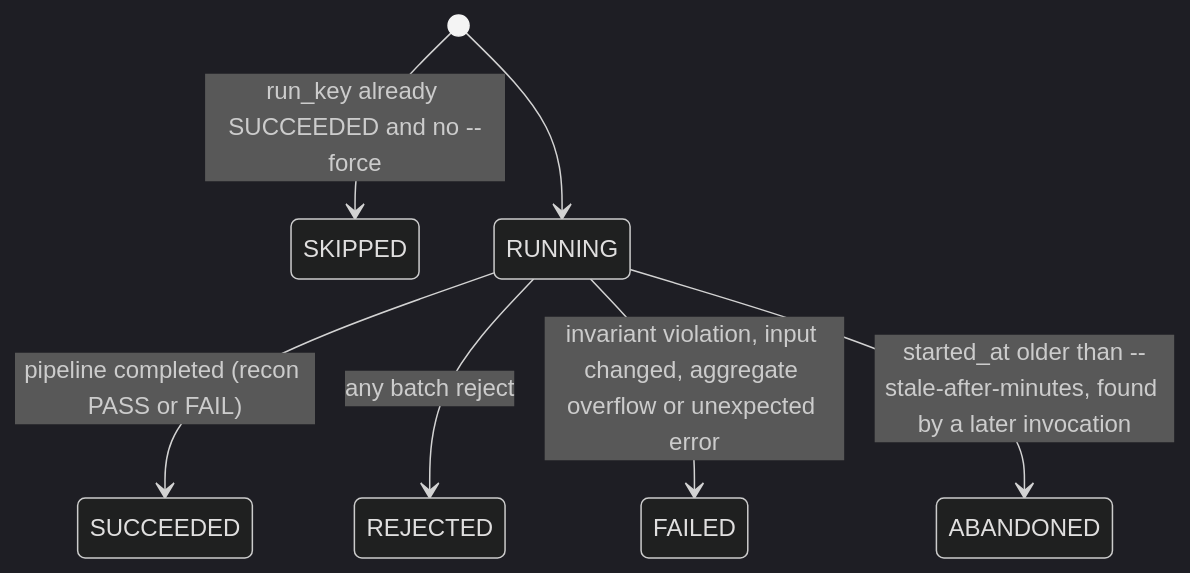
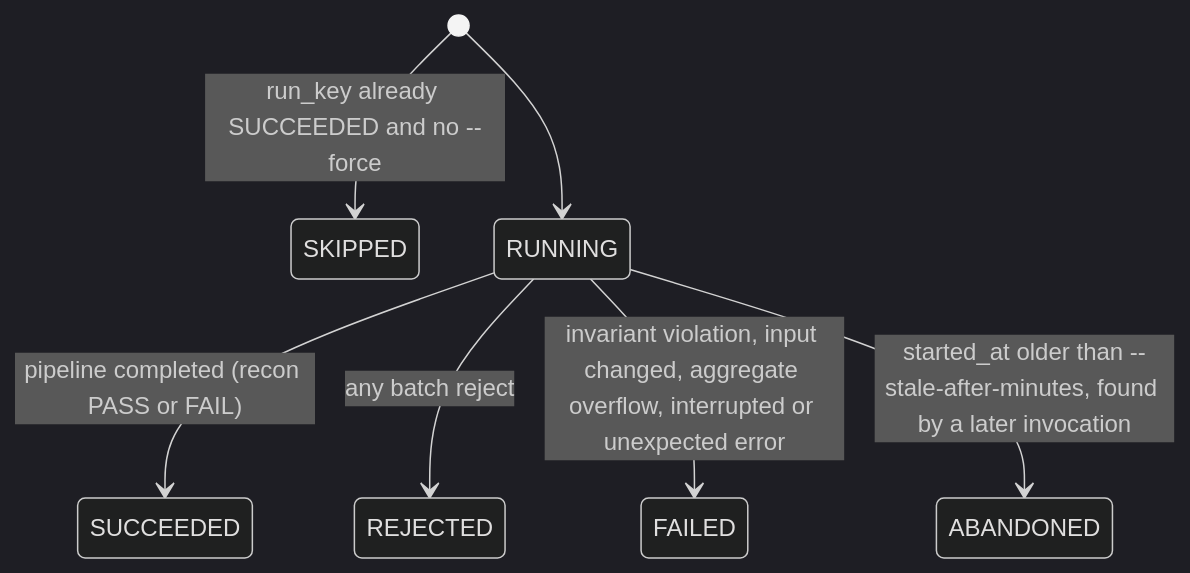
The second of 2 diagrams in docs/DESIGN.md (risri-odoo/recon-pipeline-dataEngineer-yotta), drawn with Mermaid (dark theme) before and after one commit. The commit also changed other lines of this file and 14 other files, not shown here.

````diff
--- a/docs/DESIGN.md
+++ b/docs/DESIGN.md
@@ -378,9 +396,9 @@
 ```mermaid
 stateDiagram-v2
     [*] --> SKIPPED: run_key already SUCCEEDED and no --force
     [*] --> RUNNING
     RUNNING --> SUCCEEDED: pipeline completed (recon PASS or FAIL)
     RUNNING --> REJECTED: any batch reject
-    RUNNING --> FAILED: invariant violation, input changed, aggregate overflow or unexpected error
+    RUNNING --> FAILED: invariant violation, input changed, aggregate overflow, interrupted or unexpected error
     RUNNING --> ABANDONED: started_at older than --stale-after-minutes, found by a later invocation
 ```
````
